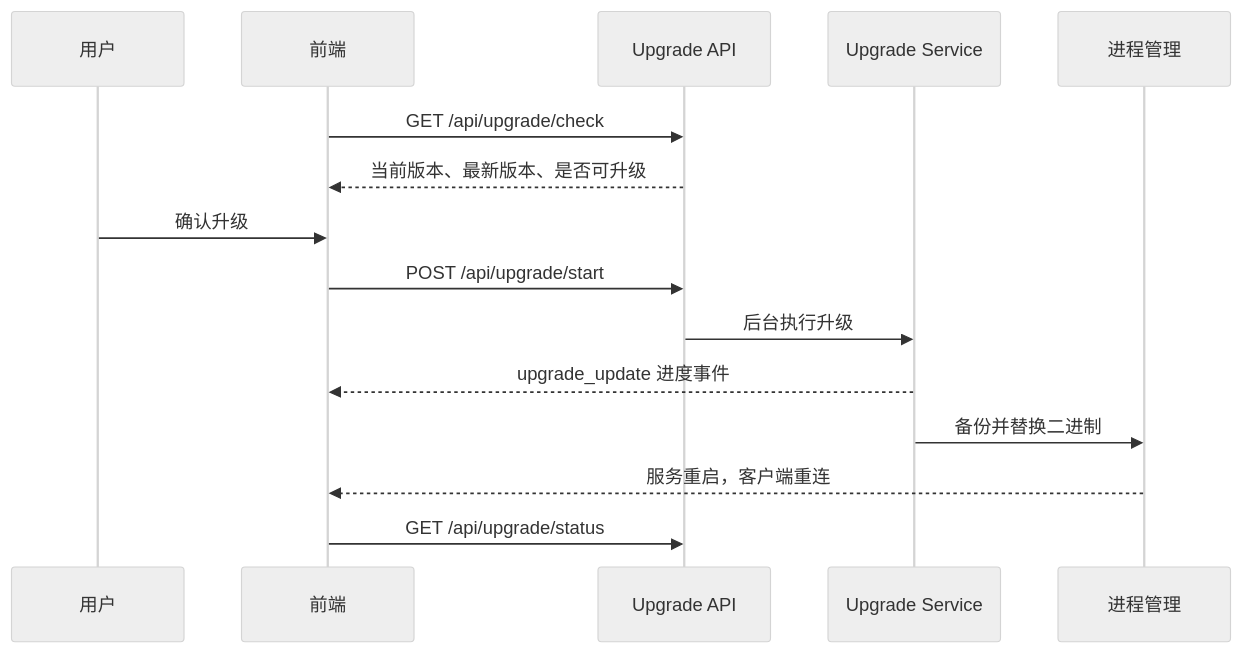
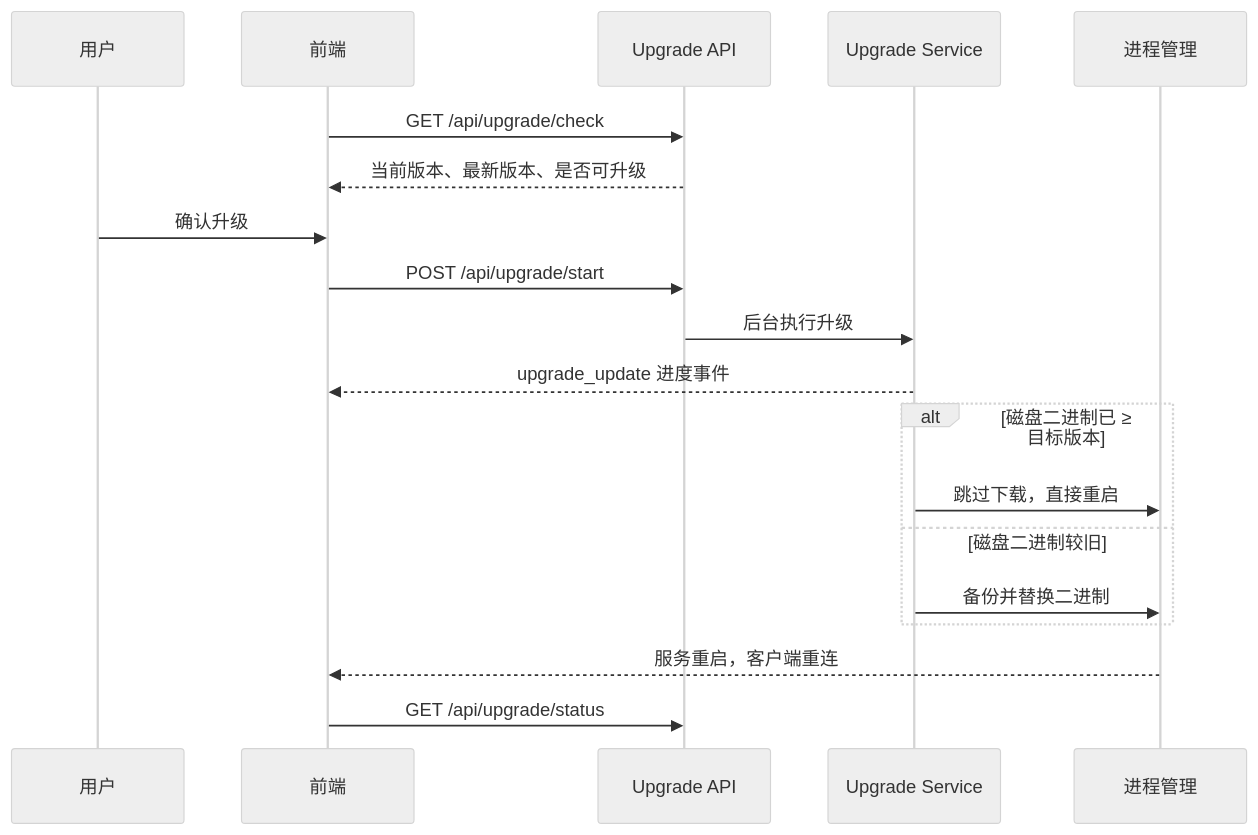
One commit to clawbench-dev/clawbench changed the diagram in docs/spec/infra/self-upgrade.md. Above: the diagram before and after it, drawn with Mermaid (neutral theme). The commit also changed other lines of this file and 10 other files, not shown here.

````diff
--- a/docs/spec/infra/self-upgrade.md
+++ b/docs/spec/infra/self-upgrade.md
@@ -9,18 +9,22 @@
 ```mermaid
 sequenceDiagram
     participant 用户
     participant 前端
     participant Upgrade API
     participant Upgrade Service
     participant 进程管理
 
     前端->>Upgrade API: GET /api/upgrade/check
     Upgrade API-->>前端: 当前版本、最新版本、是否可升级
     用户->>前端: 确认升级
     前端->>Upgrade API: POST /api/upgrade/start
     Upgrade API->>Upgrade Service: 后台执行升级
     Upgrade Service-->>前端: upgrade_update 进度事件
-    Upgrade Service->>进程管理: 备份并替换二进制
+    alt 磁盘二进制已 ≥ 目标版本
+        Upgrade Service->>进程管理: 跳过下载，直接重启
+    else 磁盘二进制较旧
+        Upgrade Service->>进程管理: 备份并替换二进制
+    end
     进程管理-->>前端: 服务重启，客户端重连
     前端->>Upgrade API: GET /api/upgrade/status
 ```
````
